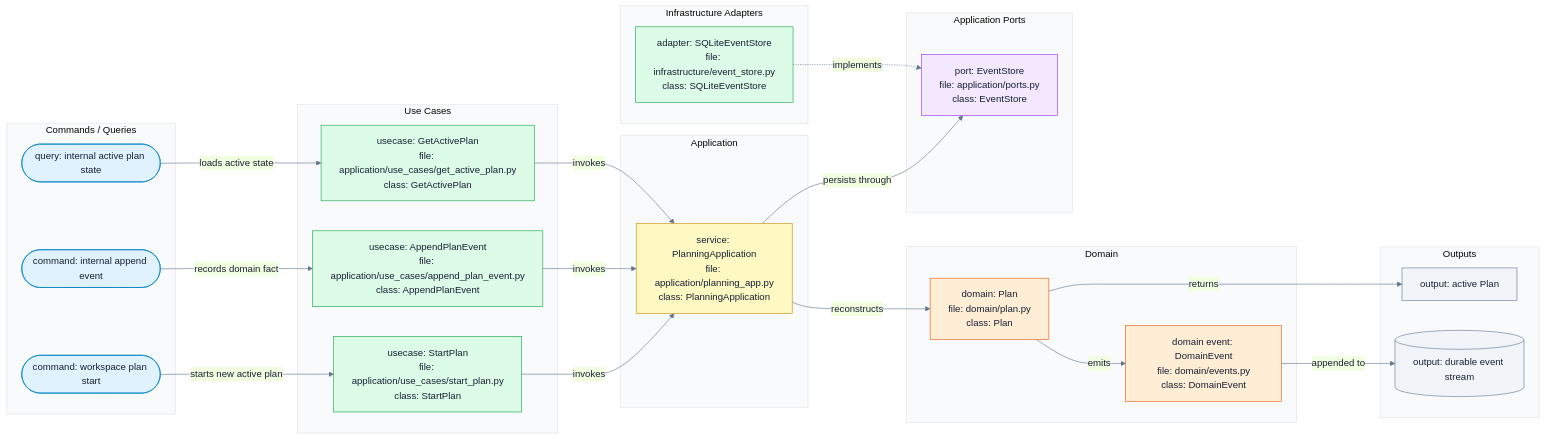
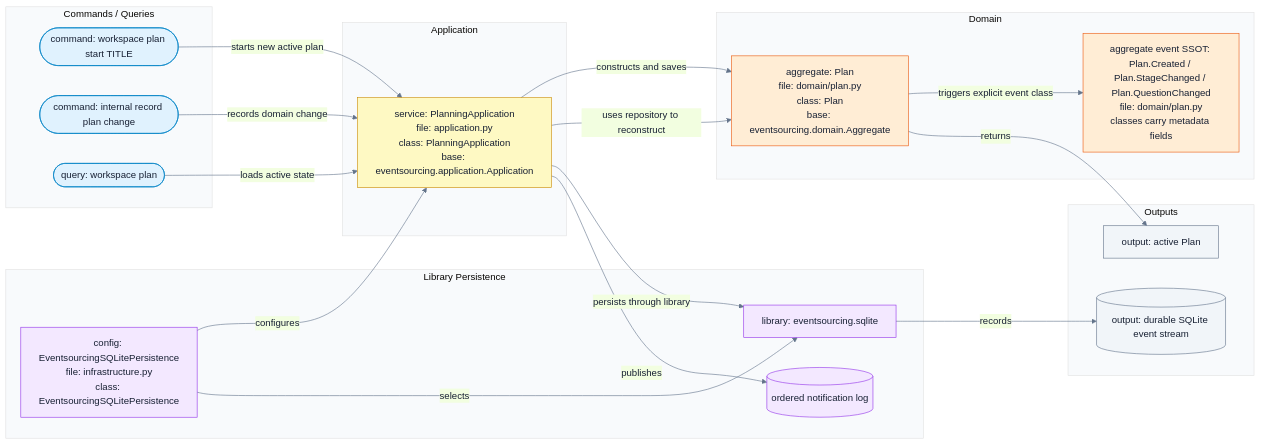
Before and after one commit to 9orky/enclosure: the first of 3 diagrams in .enclosure/plans/planning-workflow/epics/event-sourced-core/SCHEMAS.md, drawn with Mermaid. The commit also changed other lines of this file and 28 other files, not shown here.

````diff
--- a/.enclosure/plans/planning-workflow/epics/event-sourced-core/SCHEMAS.md
+++ b/.enclosure/plans/planning-workflow/epics/event-sourced-core/SCHEMAS.md
@@ -14,66 +21,54 @@
 ```mermaid
-%% contract: use_cases
+%% contract: flow
 %%{init: {"theme": "base", "themeVariables": {"primaryColor": "#e0f2fe", "primaryTextColor": "#172033", "primaryBorderColor": "#0284c7", "lineColor": "#64748b", "tertiaryColor": "#f8fafc"}}}%%
 flowchart LR
     subgraph commands["Commands / Queries"]
-      cmd_start(["command: workspace plan start"])
-      cmd_append(["command: internal append event"])
-      cmd_get(["query: internal active plan state"])
-    end
-
-    subgraph use_cases["Use Cases"]
-      uc_start["usecase: StartPlan\nfile: application/use_cases/start_plan.py\nclass: StartPlan"]
-      uc_append["usecase: AppendPlanEvent\nfile: application/use_cases/append_plan_event.py\nclass: AppendPlanEvent"]
-      uc_get["usecase: GetActivePlan\nfile: application/use_cases/get_active_plan.py\nclass: GetActivePlan"]
+      cmd_start(["command: workspace plan start TITLE"])
+      cmd_record(["command: internal record plan change"])
+      cmd_get(["query: workspace plan"])
     end
 
     subgraph app_layer["Application"]
-      app["service: PlanningApplication\nfile: application/planning_app.py\nclass: PlanningApplication"]
+      app["service: PlanningApplication\nfile: application.py\nclass: PlanningApplication\nbase: eventsourcing.application.Application"]
     end
 
     subgraph domain_layer["Domain"]
-      aggregate["domain: Plan\nfile: domain/plan.py\nclass: Plan"]
-      events["domain event: DomainEvent\nfile: domain/events.py\nclass: DomainEvent"]
+      aggregate["aggregate: Plan\nfile: domain/plan.py\nclass: Plan\nbase: eventsourcing.domain.Aggregate"]
+      events["aggregate event SSOT: Plan.Created / Plan.StageChanged / Plan.QuestionChanged\nfile: domain/plan.py\nclasses carry metadata fields"]
     end
 
-    subgraph ports["Application Ports"]
-      store["port: EventStore\nfile: application/ports.py\nclass: EventStore"]
-    end
-
-    subgraph adapters["Infrastructure Adapters"]
-      sqlite_store["adapter: SQLiteEventStore\nfile: infrastructure/event_store.py\nclass: SQLiteEventStore"]
+    subgraph persistence["Library Persistence"]
+      sqlite_env["config: EventsourcingSQLitePersistence\nfile: infrastructure.py\nclass: EventsourcingSQLitePersistence"]
+      sqlite_module["library: eventsourcing.sqlite"]
+      notification_log[("ordered notification log")]
     end
 
     subgraph outputs["Outputs"]
       active_plan["output: active Plan"]
-      stored_events[("output: durable event stream")]
+      stored_events[("output: durable SQLite event stream")]
     end
 
-    cmd_start -->|starts new active plan| uc_start
-    cmd_append -->|records domain fact| uc_append
-    cmd_get -->|loads active state| uc_get
-    uc_start -->|invokes| app
-    uc_append -->|invokes| app
-    uc_get -->|invokes| app
-    app -->|reconstructs| aggregate
-    aggregate -->|emits| events
-    app -->|persists through| store
-    sqlite_store -. implements .-> store
+    cmd_start -->|starts new active plan| app
+    cmd_record -->|records domain change| app
+    cmd_get -->|loads active state| app
+    app -->|constructs and saves| aggregate
+    aggregate -->|triggers explicit event class| events
+    app -->|uses repository to reconstruct| aggregate
+    sqlite_env -->|configures| app
+    sqlite_env -->|selects| sqlite_module
+    app -->|persists through library| sqlite_module
+    sqlite_module -->|records| stored_events
+    app -->|publishes| notification_log
     aggregate -->|returns| active_plan
-    events -->|appended to| stored_events
 
     classDef command fill:#e0f2fe,stroke:#0284c7,color:#172033;
-    classDef usecase fill:#dcfce7,stroke:#16a34a,color:#172033;
     classDef app fill:#fef9c3,stroke:#ca8a04,color:#172033;
     classDef domain fill:#ffedd5,stroke:#ea580c,color:#172033;
-    classDef port fill:#f3e8ff,stroke:#9333ea,color:#172033;
-    classDef adapter fill:#dcfce7,stroke:#16a34a,color:#172033;
+    classDef persistence fill:#f3e8ff,stroke:#9333ea,color:#172033;
     classDef output fill:#f1f5f9,stroke:#64748b,color:#172033;
-    class cmd_start,cmd_append,cmd_get command;
-    class uc_start,uc_append,uc_get usecase;
+    class cmd_start,cmd_record,cmd_get command;
     class app app;
     class aggregate,events domain;
-    class store port;
-    class sqlite_store adapter;
+    class sqlite_env,sqlite_module,notification_log persistence;
     class active_plan,stored_events output;
 ```
````
